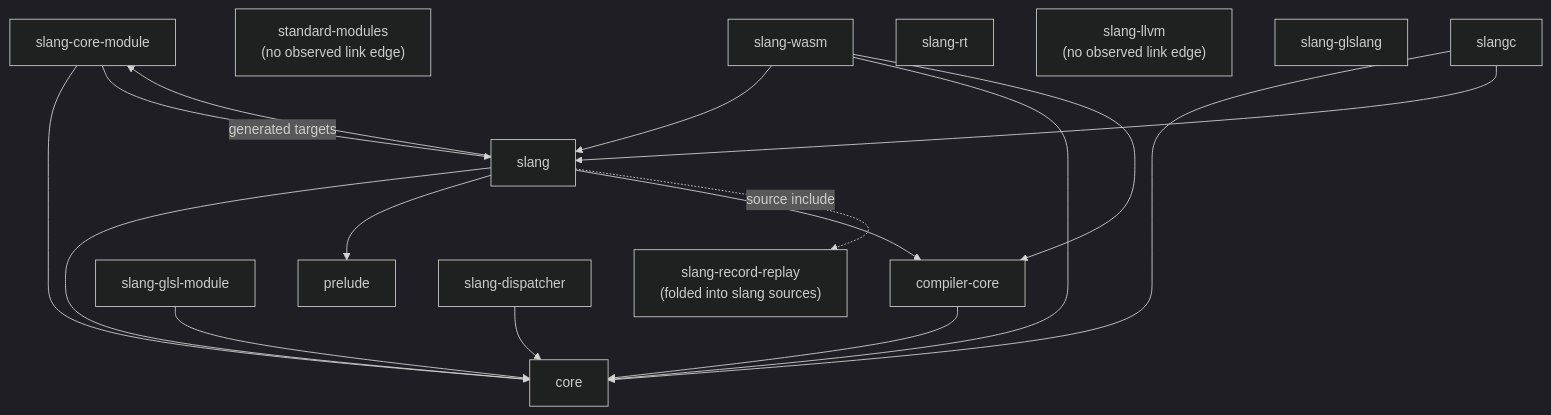
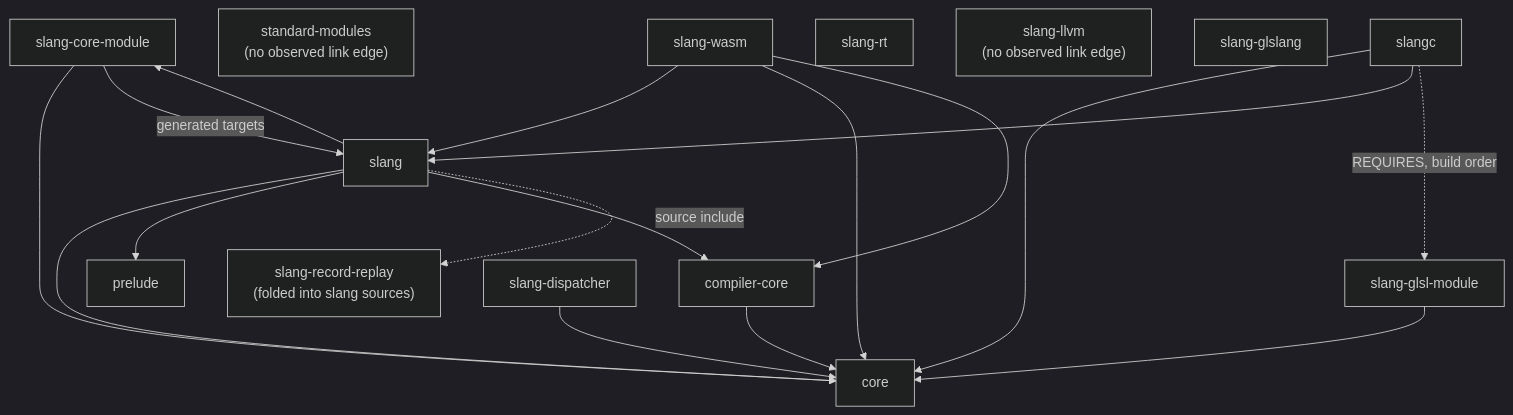
One commit to shader-slang/slang changed the diagram in docs/generated/design/architecture/dependency-graph.md. Above: the diagram before and after it, drawn with Mermaid (dark theme). The commit also changed other lines of this file and 13 other files, not shown here.

First line of the commit message:
Refresh agentic design docs for architecture and glossary

````diff
--- a/docs/generated/design/architecture/dependency-graph.md
+++ b/docs/generated/design/architecture/dependency-graph.md
@@ -34,37 +34,38 @@
 ```mermaid
 flowchart TB
     coreLib[core]
     compilerCore[compiler-core]
     prelude[prelude]
     coreModule[slang-core-module]
     glslModule[slang-glsl-module]
     standardModules["standard-modules<br/>(no observed link edge)"]
     slangLib[slang]
     slangRecordReplay["slang-record-replay<br/>(folded into slang sources)"]
     slangc[slangc]
     slangDispatcher[slang-dispatcher]
     slangRt[slang-rt]
     slangLlvm["slang-llvm<br/>(no observed link edge)"]
     slangGlslang[slang-glslang]
     slangWasm[slang-wasm]
 
     compilerCore --> coreLib
     coreModule --> coreLib
     coreModule -->|generated targets| slangLib
     glslModule --> coreLib
 
     slangLib --> coreLib
     slangLib --> prelude
     slangLib --> compilerCore
     slangLib --> coreModule
     slangLib -.->|source include| slangRecordReplay
 
     slangc --> coreLib
     slangc --> slangLib
+    slangc -.->|REQUIRES, build order| glslModule
 
     slangDispatcher --> coreLib
 
     slangWasm --> slangLib
     slangWasm --> coreLib
     slangWasm --> compilerCore
 ```
````
